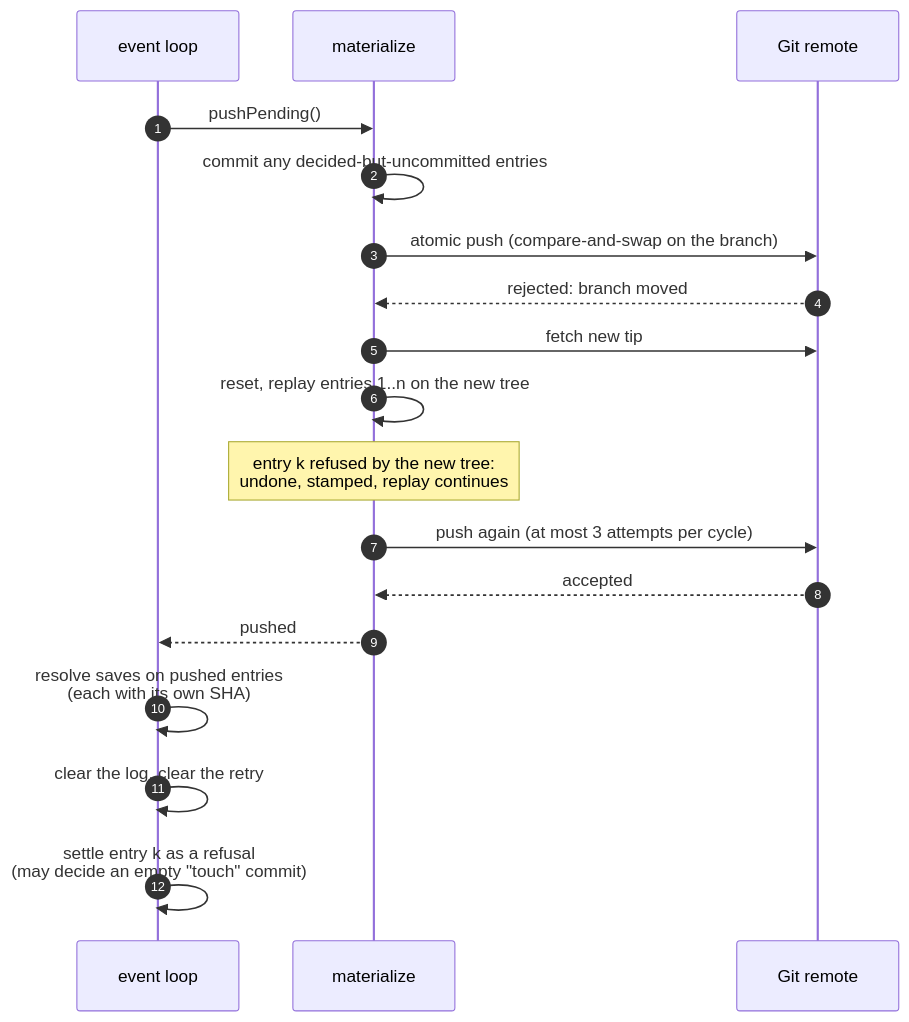
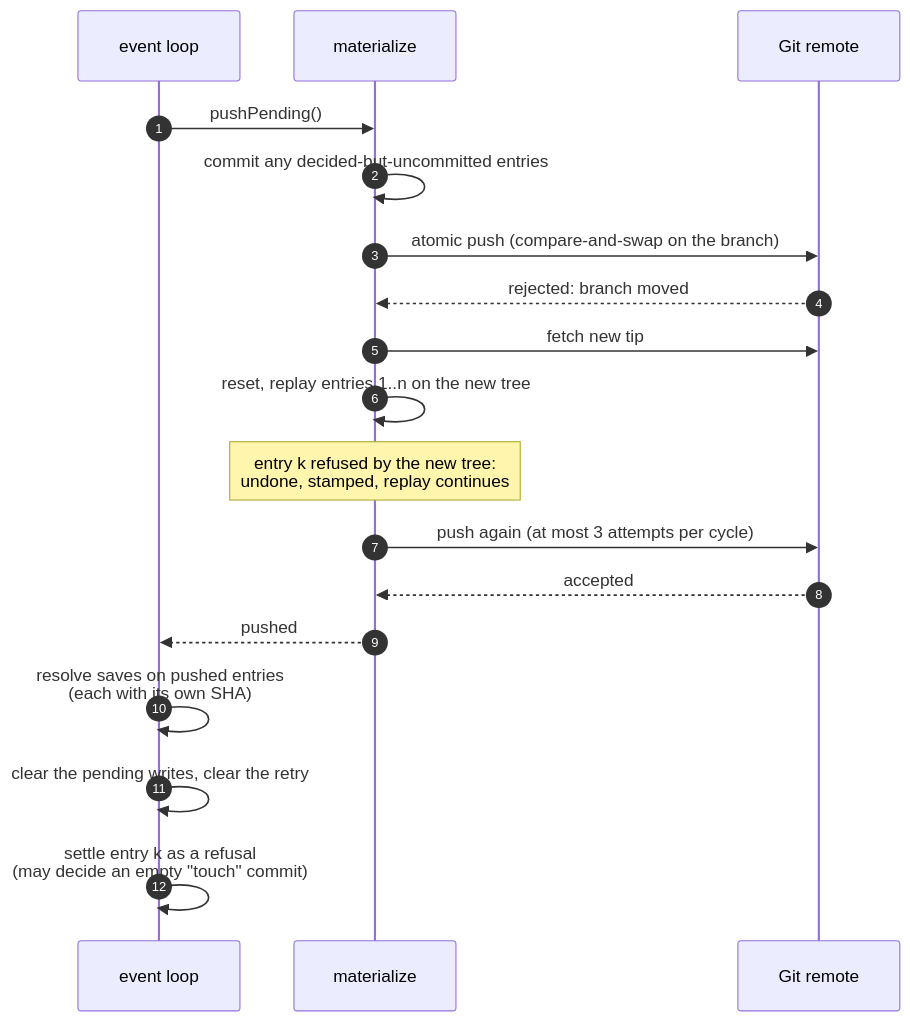
One commit to ConfigButler/gitops-reverser changed the ninth of 12 diagrams in docs/design/event-pipeline-overview.md. Above: the diagram before and after it, drawn with Mermaid. The commit also changed other lines of this file and 32 other files, not shown here.

First line of the commit message:
refactor(git): call what a branch worker holds its pending writes

````diff
--- a/docs/design/event-pipeline-overview.md
+++ b/docs/design/event-pipeline-overview.md
@@ -337,21 +337,21 @@
 ```mermaid
 sequenceDiagram
     autonumber
     participant L as event loop
     participant M as materialize
     participant G as Git remote
 
     L->>M: pushPending()
     M->>M: commit any decided-but-uncommitted entries
     M->>G: atomic push (compare-and-swap on the branch)
     G-->>M: rejected: branch moved
     M->>G: fetch new tip
     M->>M: reset, replay entries 1..n on the new tree
     Note over M: entry k refused by the new tree:<br/>undone, stamped, replay continues
     M->>G: push again (at most 3 attempts per cycle)
     G-->>M: accepted
     M-->>L: pushed
     L->>L: resolve saves on pushed entries<br/>(each with its own SHA)
-    L->>L: clear the log, clear the retry
+    L->>L: clear the pending writes, clear the retry
     L->>L: settle entry k as a refusal<br/>(may decide an empty "touch" commit)
 ```
````
